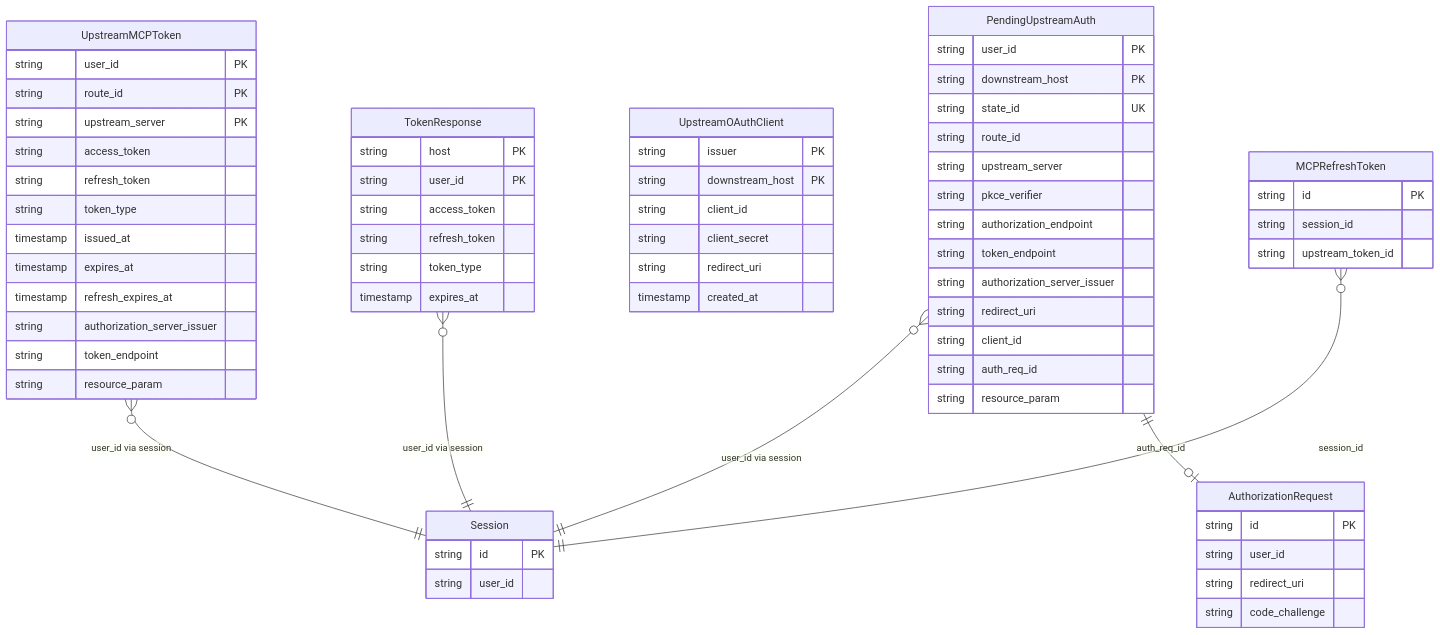
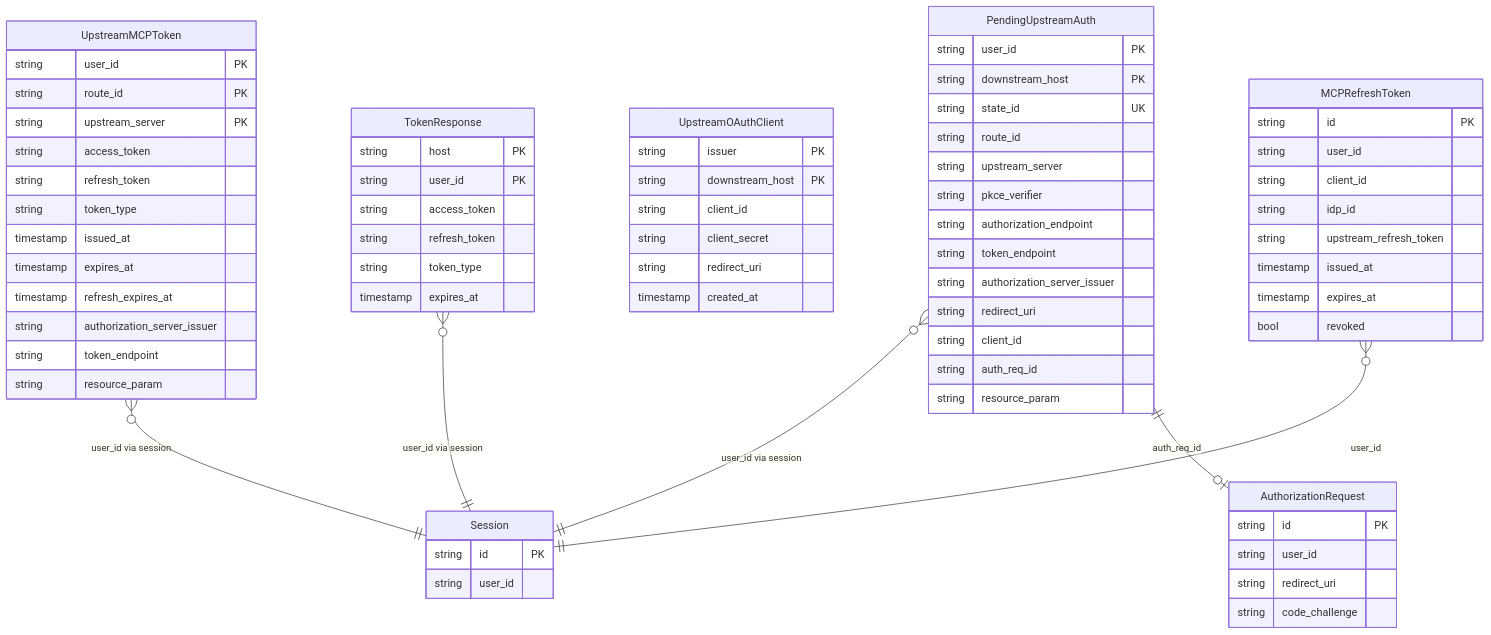
The tenth of 10 diagrams in internal/mcp/DESIGN.md (pomerium/pomerium), drawn with Mermaid before and after one commit. The commit also changed other lines of this file, not shown here.

First line of the commit message:
docs: add MCPRefreshToken lifecycle, simplify remaining diagrams

````diff
--- a/internal/mcp/DESIGN.md
+++ b/internal/mcp/DESIGN.md
@@ -565,75 +592,80 @@
 ```mermaid
 erDiagram
     UpstreamMCPToken {
         string user_id PK
         string route_id PK
         string upstream_server PK
         string access_token
         string refresh_token
         string token_type
         timestamp issued_at
         timestamp expires_at
         timestamp refresh_expires_at
         string authorization_server_issuer
         string token_endpoint
         string resource_param
     }
 
     PendingUpstreamAuth {
         string user_id PK
         string downstream_host PK
         string state_id UK
         string route_id
         string upstream_server
         string pkce_verifier
         string authorization_endpoint
         string token_endpoint
         string authorization_server_issuer
         string redirect_uri
         string client_id
         string auth_req_id
         string resource_param
     }
 
     UpstreamOAuthClient {
         string issuer PK
         string downstream_host PK
         string client_id
         string client_secret
         string redirect_uri
         timestamp created_at
     }
 
     TokenResponse {
         string host PK
         string user_id PK
         string access_token
         string refresh_token
         string token_type
         timestamp expires_at
     }
 
     AuthorizationRequest {
         string id PK
         string user_id
         string redirect_uri
         string code_challenge
     }
 
     MCPRefreshToken {
         string id PK
-        string session_id
-        string upstream_token_id
+        string user_id
+        string client_id
+        string idp_id
+        string upstream_refresh_token
+        timestamp issued_at
+        timestamp expires_at
+        bool revoked
     }
 
     Session {
         string id PK
         string user_id
     }
 
     UpstreamMCPToken }o--|| Session : "user_id via session"
     PendingUpstreamAuth }o--|| Session : "user_id via session"
     PendingUpstreamAuth ||--o| AuthorizationRequest : "auth_req_id"
     TokenResponse }o--|| Session : "user_id via session"
-    MCPRefreshToken }o--|| Session : "session_id"
+    MCPRefreshToken }o--|| Session : "user_id"
 ```
````
